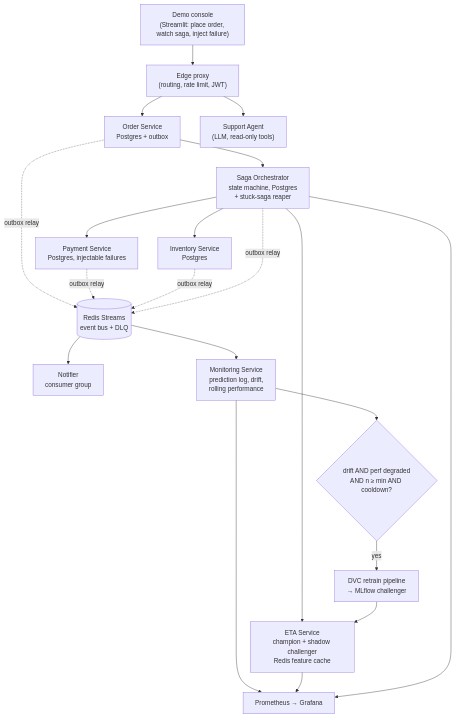
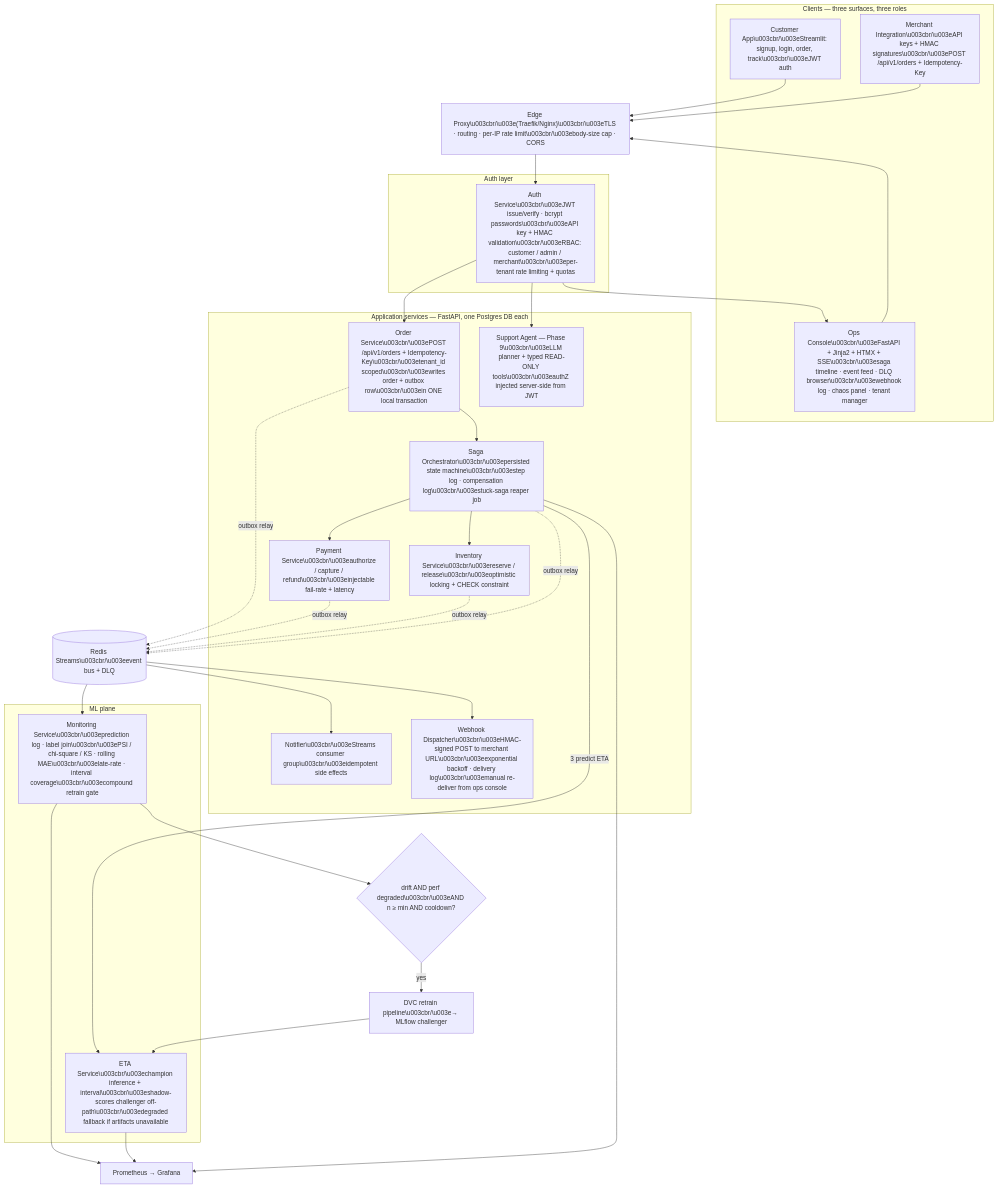
One commit to MaverickDev-J/Delivery-Time-Prediction changed the first of 7 diagrams in plan.md. Above: the diagram before and after it, drawn with Mermaid. The commit also changed other lines of this file and 41 other files, not shown here.

````diff
--- a/plan.md
+++ b/plan.md
@@ -136,29 +215,59 @@
 ```mermaid
 flowchart TB
-    UI["Demo console<br/>(Streamlit: place order, watch saga, inject failure)"]
-    EDGE["Edge proxy<br/>(routing, rate limit, JWT)"]
-    UI --> EDGE
+    subgraph CLIENTS["Clients — three surfaces, three roles"]
+        CUST_APP["Customer App\u003cbr/\u003eStreamlit: signup, login, order, track\u003cbr/\u003eJWT auth"]
+        OPS["Ops Console\u003cbr/\u003eFastAPI + Jinja2 + HTMX + SSE\u003cbr/\u003esaga timeline · event feed · DLQ browser\u003cbr/\u003ewebhook log · chaos panel · tenant manager"]
+        MERCH["Merchant Integration\u003cbr/\u003eAPI keys + HMAC signatures\u003cbr/\u003ePOST /api/v1/orders + Idempotency-Key"]
+    end
 
-    EDGE --> ORD["Order Service<br/>Postgres + outbox"]
-    EDGE --> SUP["Support Agent<br/>(LLM, read-only tools)"]
+    EDGE["Edge Proxy\u003cbr/\u003e(Traefik/Nginx)\u003cbr/\u003eTLS · routing · per-IP rate limit\u003cbr/\u003ebody-size cap · CORS"]
 
-    ORD --> ORCH["Saga Orchestrator<br/>state machine, Postgres<br/>+ stuck-saga reaper"]
-    ORCH --> PAY["Payment Service<br/>Postgres, injectable failures"]
-    ORCH --> INV["Inventory Service<br/>Postgres"]
-    ORCH --> ETA["ETA Service<br/>champion + shadow challenger<br/>Redis feature cache"]
+    CUST_APP --> EDGE
+    OPS --> EDGE
+    MERCH --> EDGE
 
-    ORD -. outbox relay .-> BUS[("Redis Streams<br/>event bus + DLQ")]
-    PAY -. outbox relay .-> BUS
-    INV -. outbox relay .-> BUS
-    ORCH -. outbox relay .-> BUS
+    subgraph AUTH_L["Auth layer"]
+        AUTH["Auth Service\u003cbr/\u003eJWT issue/verify · bcrypt passwords\u003cbr/\u003eAPI key + HMAC validation\u003cbr/\u003eRBAC: customer / admin / merchant\u003cbr/\u003eper-tenant rate limiting + quotas"]
+    end
 
-    BUS --> NOTIF["Notifier<br/>consumer group"]
-    BUS --> MON["Monitoring Service<br/>prediction log, drift,<br/>rolling performance"]
+    EDGE --> AUTH
 
-    MON --> GATE{"drift AND perf degraded<br/>AND n ≥ min AND cooldown?"}
-    GATE -->|yes| DVC["DVC retrain pipeline<br/>→ MLflow challenger"]
+    subgraph APP["Application services — FastAPI, one Postgres DB each"]
+        ORD["Order Service\u003cbr/\u003ePOST /api/v1/orders + Idempotency-Key\u003cbr/\u003etenant_id scoped\u003cbr/\u003ewrites order + outbox row\u003cbr/\u003ein ONE local transaction"]
+        ORCH["Saga Orchestrator\u003cbr/\u003epersisted state machine\u003cbr/\u003estep log · compensation log\u003cbr/\u003estuck-saga reaper job"]
+        PAY["Payment Service\u003cbr/\u003eauthorize / capture / refund\u003cbr/\u003einjectable fail-rate + latency"]
+        INV["Inventory Service\u003cbr/\u003ereserve / release\u003cbr/\u003eoptimistic locking + CHECK constraint"]
+        NOTIF["Notifier\u003cbr/\u003eStreams consumer group\u003cbr/\u003eidempotent side effects"]
+        WEBHOOK["Webhook Dispatcher\u003cbr/\u003eHMAC-signed POST to merchant URL\u003cbr/\u003eexponential backoff · delivery log\u003cbr/\u003emanual re-deliver from ops console"]
+        SUP["Support Agent — Phase 9\u003cbr/\u003eLLM planner + typed READ-ONLY tools\u003cbr/\u003eauthZ injected server-side from JWT"]
+    end
+
+    AUTH --> ORD
+    AUTH --> OPS
+    AUTH --> SUP
+    ORD --> ORCH
+    ORCH --> PAY
+    ORCH --> INV
+    ORCH -->|"3 predict ETA"| ETA
+
+    subgraph MLP["ML plane"]
+        ETA["ETA Service\u003cbr/\u003echampion inference + interval\u003cbr/\u003eshadow-scores challenger off-path\u003cbr/\u003edegraded fallback if artifacts unavailable"]
+        MON["Monitoring Service\u003cbr/\u003eprediction log · label join\u003cbr/\u003ePSI / chi-square / KS · rolling MAE\u003cbr/\u003elate-rate · interval coverage\u003cbr/\u003ecompound retrain gate"]
+    end
+
+    ORD -. "outbox relay" .-> BUS[("Redis Streams\u003cbr/\u003eevent bus + DLQ")]
+    PAY -. "outbox relay" .-> BUS
+    INV -. "outbox relay" .-> BUS
+    ORCH -. "outbox relay" .-> BUS
+
+    BUS --> NOTIF
+    BUS --> WEBHOOK
+    BUS --> MON
+
+    MON --> GATE{"drift AND perf degraded\u003cbr/\u003eAND n ≥ min AND cooldown?"}
+    GATE -->|yes| DVC["DVC retrain pipeline\u003cbr/\u003e→ MLflow challenger"]
     DVC --> ETA
     MON --> PROM["Prometheus → Grafana"]
     ETA --> PROM
     ORCH --> PROM
 ```
````
